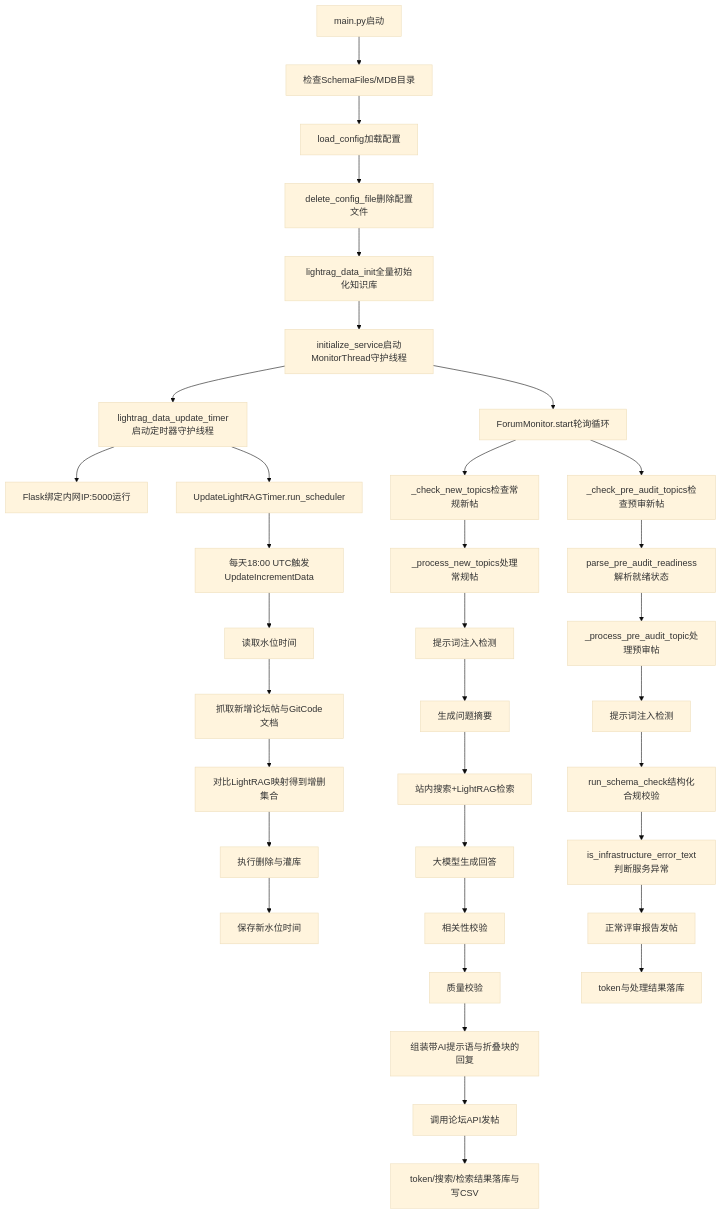
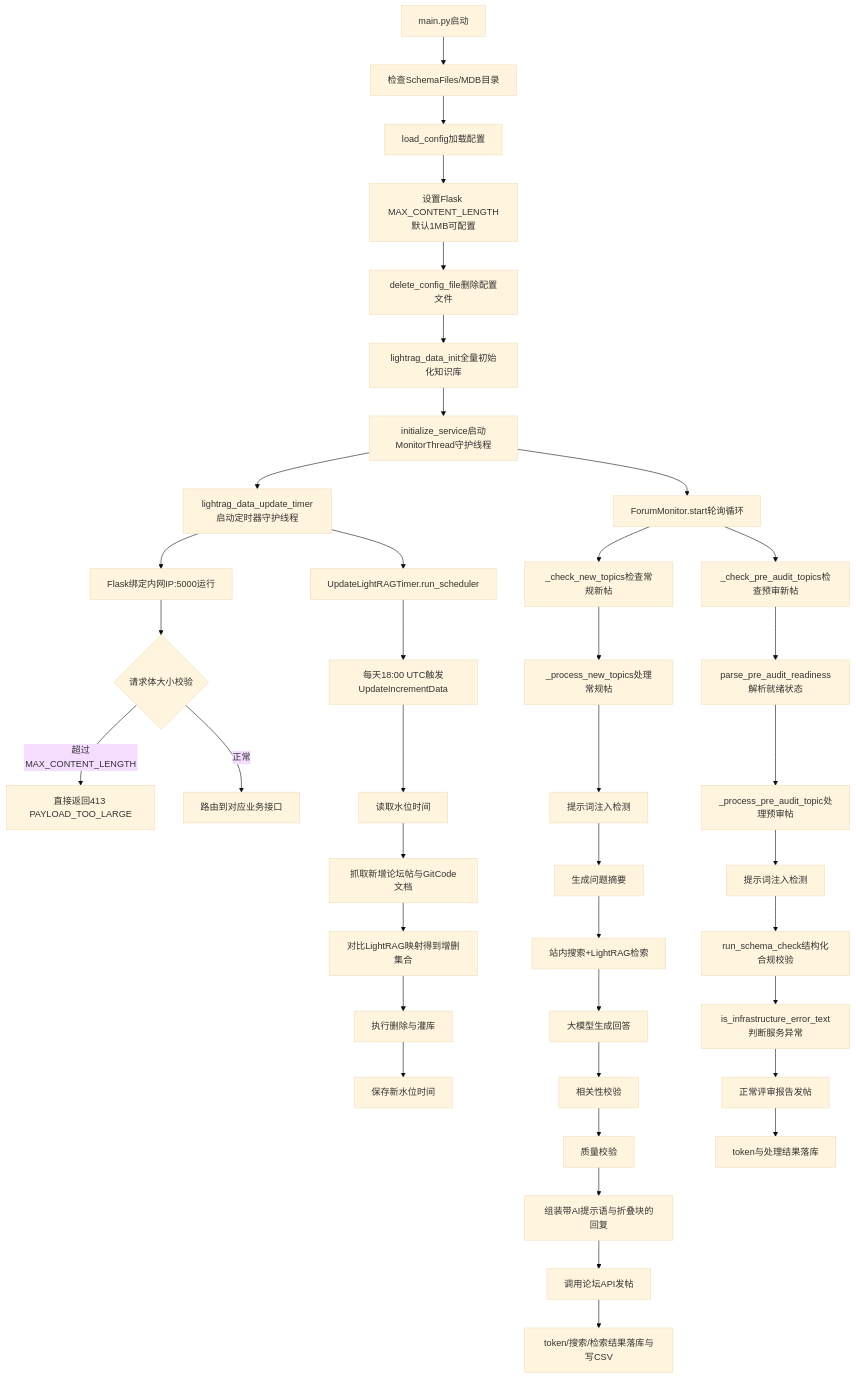
The second of 3 diagrams in knowledgeBase/forum-reply-robot/techstack.md (yyl-support/openKnowledgeBase), drawn with Mermaid (base theme) before and after one commit. The commit also changed other lines of this file and 197 other files, not shown here.

````diff
--- a/knowledgeBase/forum-reply-robot/techstack.md
+++ b/knowledgeBase/forum-reply-robot/techstack.md
@@ -103,41 +137,46 @@
 ```mermaid
 flowchart TD
     A[main.py启动] --> B[检查SchemaFiles/MDB目录]
     B --> C[load_config加载配置]
-    C --> D[delete_config_file删除配置文件]
+    C --> CA[设置Flask MAX_CONTENT_LENGTH默认1MB可配置]
+    CA --> D[delete_config_file删除配置文件]
     D --> E[lightrag_data_init全量初始化知识库]
     E --> F[initialize_service启动MonitorThread守护线程]
     F --> G[lightrag_data_update_timer启动定时器守护线程]
     G --> H[Flask绑定内网IP:5000运行]
+    
+    H --> H1{请求体大小校验}
+    H1 -->|超过MAX_CONTENT_LENGTH| H2[直接返回413 PAYLOAD_TOO_LARGE]
+    H1 -->|正常| H3[路由到对应业务接口]
     
     F --> I[ForumMonitor.start轮询循环]
     I --> J[_check_new_topics检查常规新帖]
     I --> K[_check_pre_audit_topics检查预审新帖]
     
     J --> L[_process_new_topics处理常规帖]
     L --> M[提示词注入检测]
     M --> N[生成问题摘要]
     N --> O[站内搜索+LightRAG检索]
     O --> P[大模型生成回答]
     P --> Q[相关性校验]
     Q --> R[质量校验]
     R --> S[组装带AI提示语与折叠块的回复]
     S --> T[调用论坛API发帖]
     T --> U[token/搜索/检索结果落库与写CSV]
     
     K --> V[parse_pre_audit_readiness解析就绪状态]
     V --> W[_process_pre_audit_topic处理预审帖]
     W --> X[提示词注入检测]
     X --> Y[run_schema_check结构化合规校验]
     Y --> Z[is_infrastructure_error_text判断服务异常]
     Z --> AA[正常评审报告发帖]
     AA --> AB[token与处理结果落库]
     
     G --> AC[UpdateLightRAGTimer.run_scheduler]
     AC --> AD[每天18:00 UTC触发UpdateIncrementData]
     AD --> AE[读取水位时间]
     AE --> AF[抓取新增论坛帖与GitCode文档]
     AF --> AG[对比LightRAG映射得到增删集合]
     AG --> AH[执行删除与灌库]
     AH --> AI[保存新水位时间]
 ```
````
